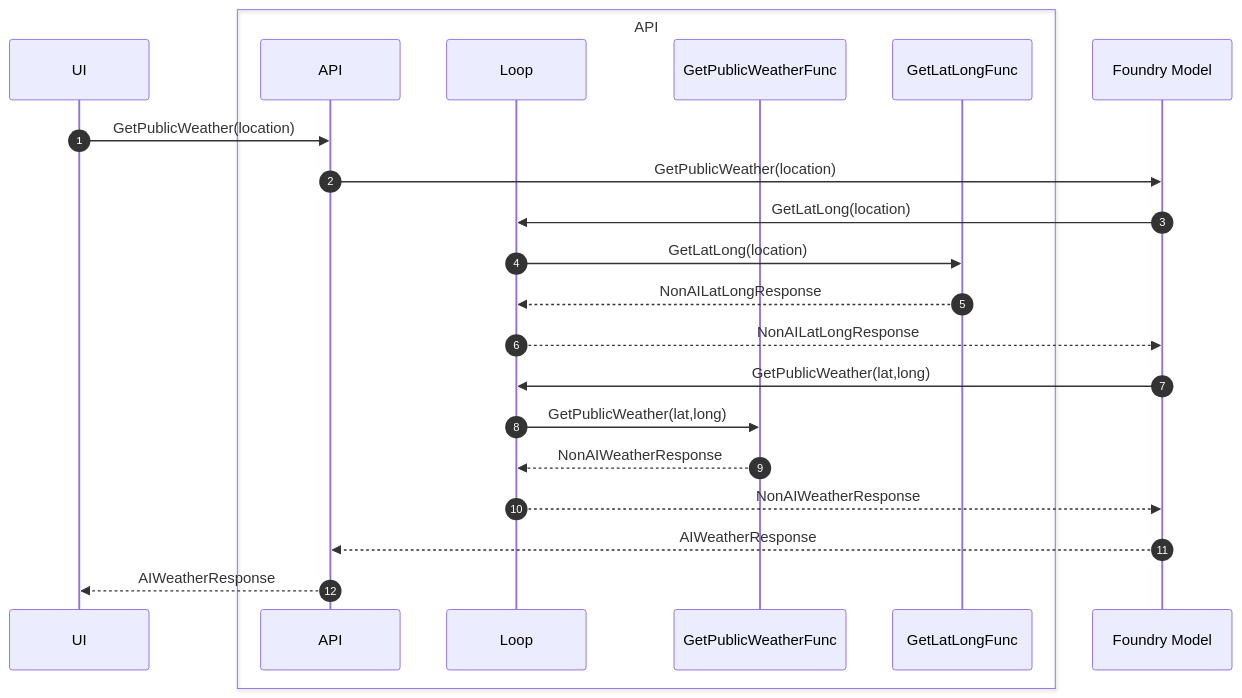
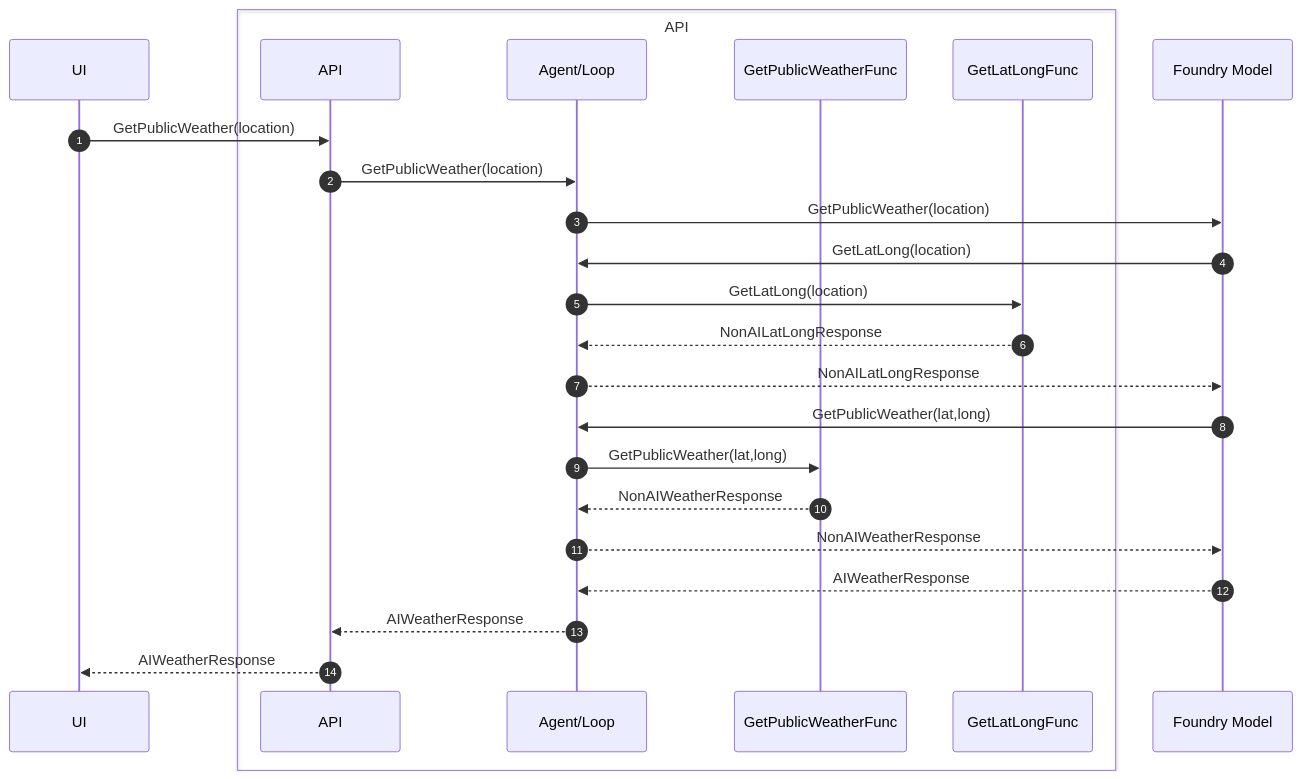
Diagram 32 of 33 in docs/4-demystifying-foundry-agents-mcp/demystifying-foundry-agents-mcp.md (dustinkorzaan/weather-1116), drawn with Mermaid before and after one commit.

Commit message:
Route V3 looping diagram through Agent/Loop before Model
API now hands off to Agent/Loop, which owns model turns and tool
execution, matching the in-app orchestration story.

````diff
--- a/docs/4-demystifying-foundry-agents-mcp/demystifying-foundry-agents-mcp.md
+++ b/docs/4-demystifying-foundry-agents-mcp/demystifying-foundry-agents-mcp.md
@@ -645,25 +645,27 @@
 ```mermaid
 sequenceDiagram
     autonumber
     participant UI
     box API
         participant API
-        participant AppLoop as Loop
+        participant AppLoop as Agent/Loop
         participant GetPublicWeatherFunc
         participant GetLatLongFunc
     end
     participant Model as Foundry Model
 
     UI->>API: GetPublicWeather(location)
-    API->>Model: GetPublicWeather(location)
+    API->>AppLoop: GetPublicWeather(location)
+    AppLoop->>Model: GetPublicWeather(location)
     Model->>AppLoop: GetLatLong(location)
     AppLoop->>GetLatLongFunc: GetLatLong(location)
     GetLatLongFunc-->>AppLoop: NonAILatLongResponse
     AppLoop-->>Model: NonAILatLongResponse
     Model->>AppLoop: GetPublicWeather(lat,long)
     AppLoop->>GetPublicWeatherFunc: GetPublicWeather(lat,long)
     GetPublicWeatherFunc-->>AppLoop: NonAIWeatherResponse
     AppLoop-->>Model: NonAIWeatherResponse
-    Model-->>API: AIWeatherResponse
+    Model-->>AppLoop: AIWeatherResponse
+    AppLoop-->>API: AIWeatherResponse
     API-->>UI: AIWeatherResponse
 ```
````
